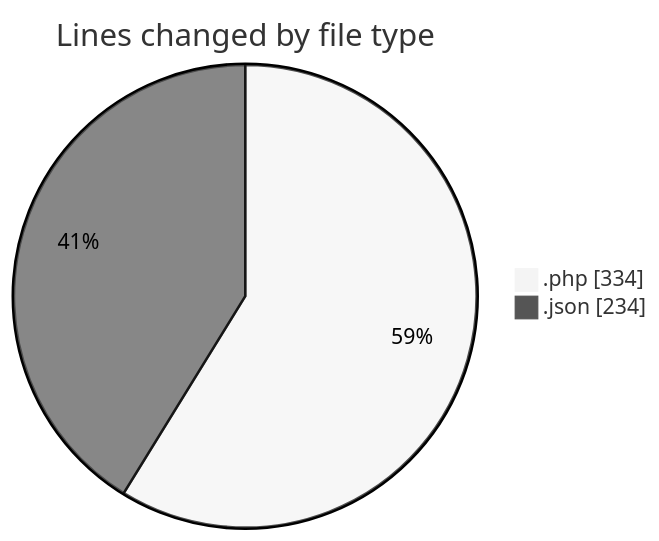
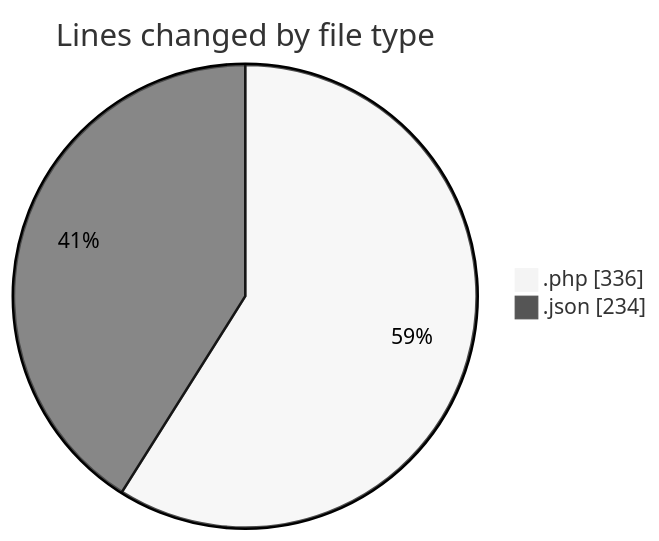
Before and after one commit to idhammustaqopulfikri/code-tracking: the first of 2 diagrams in 2025-04-19/autodidak/README.md, drawn with Mermaid (neutral theme). The commit also changed other lines of this file and 1 other file, not shown here.

````diff
--- a/2025-04-19/autodidak/README.md
+++ b/2025-04-19/autodidak/README.md
@@ -27,6 +27,6 @@
 ```mermaid
 pie showData
 title Lines changed by file type
-".php" : 334
+".php" : 336
 ".json" : 234
 ```
````
